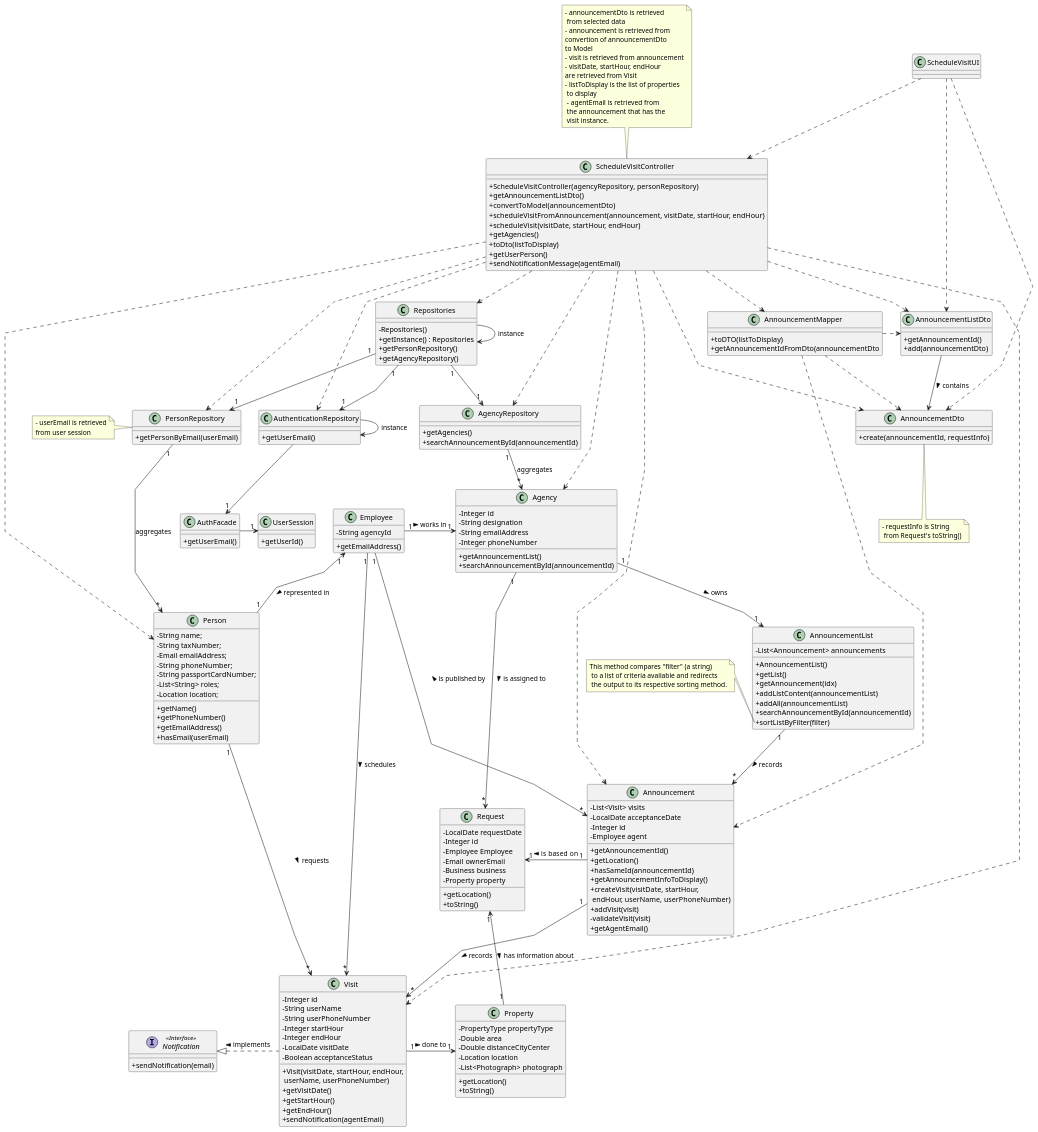
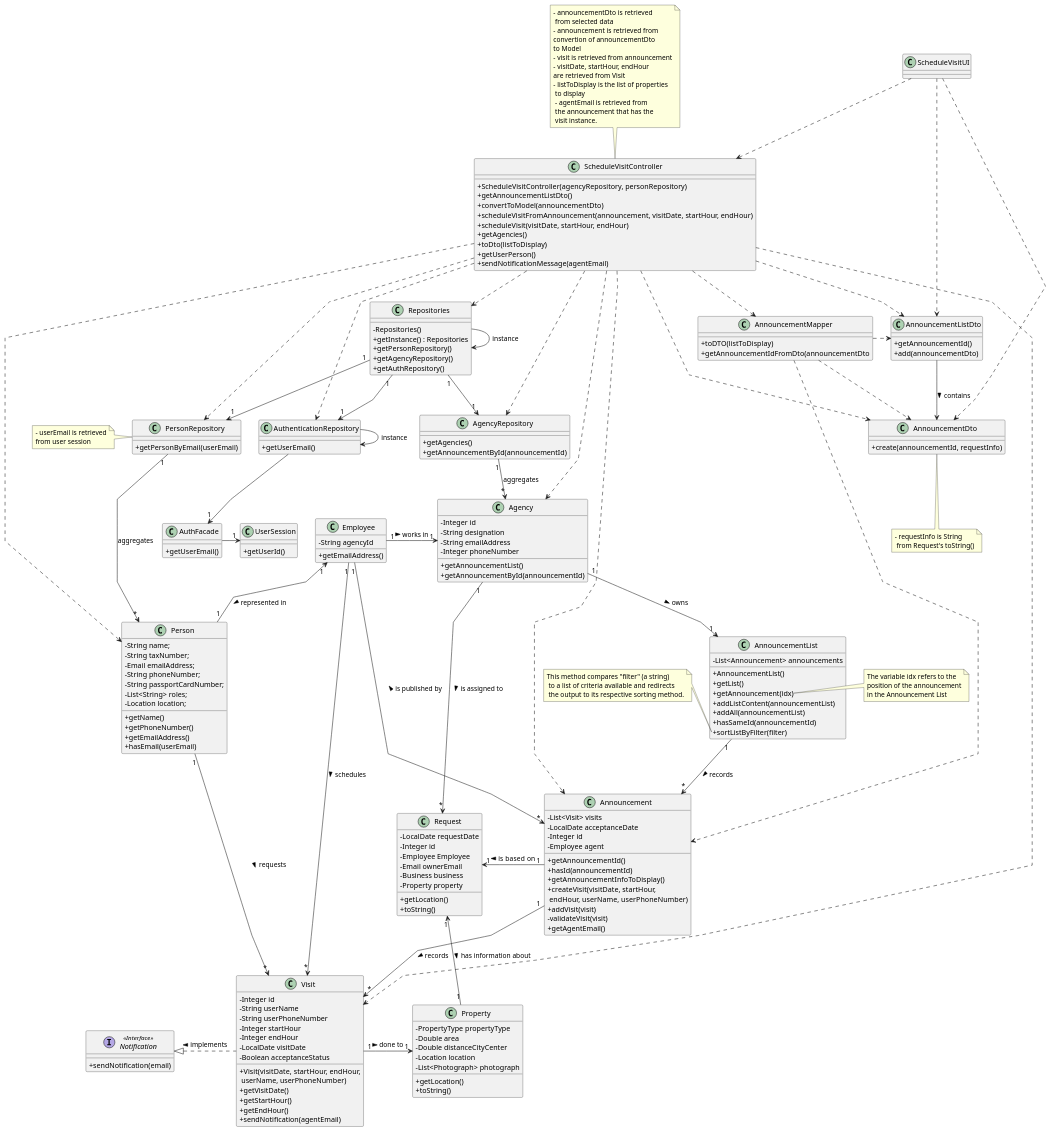
Before and after one commit to rita-barbosa/LAPR2-2223: the diagram in docs/sprintC/us009/03.design/puml/us009-class-diagram.puml, drawn with PlantUML.

Commit message:
Class Diagram update [US009] [Design]

```diff
--- a/docs/sprintC/us009/03.design/puml/us009-class-diagram.puml
+++ b/docs/sprintC/us009/03.design/puml/us009-class-diagram.puml
@@ -41,7 +41,7 @@
 
 class AgencyRepository {
     + getAgencies()
-    + searchAnnouncementById(announcementId)
+    + getAnnouncementById(announcementId)
 }
 
 class Agency {
@@ -50,7 +50,7 @@
     - String emailAddress
     - Integer phoneNumber
     + getAnnouncementList()
-    + searchAnnouncementById(announcementId)
+    + getAnnouncementById(announcementId)
 }
 
 class Repositories {
@@ -58,6 +58,7 @@
     + getInstance() : Repositories
     + getPersonRepository()
     + getAgencyRepository()
+    + getAuthRepository()
 }
 
 class ScheduleVisitController {
@@ -97,8 +98,7 @@
     - Integer id
     - Employee agent
     + getAnnouncementId()
-    + getLocation()
-    + hasSameId(announcementId)
+    + hasId(announcementId)
     + getAnnouncementInfoToDisplay()
     + createVisit(visitDate, startHour,\n endHour, userName, userPhoneNumber)
     + addVisit(visit)
@@ -119,9 +119,15 @@
     + getAnnouncement(idx)
     + addListContent(announcementList)
     + addAll(announcementList)
-    + searchAnnouncementById(announcementId)
+    + hasSameId(announcementId)
     + sortListByFilter(filter)
 }
+
+note right of AnnouncementList::getAnnouncement
+The variable idx refers to the
+position of the announcement
+in the Announcement List
+end note
 
 note left of AnnouncementList::sortListByFilter
 This method compares "filter" (a string)
```
